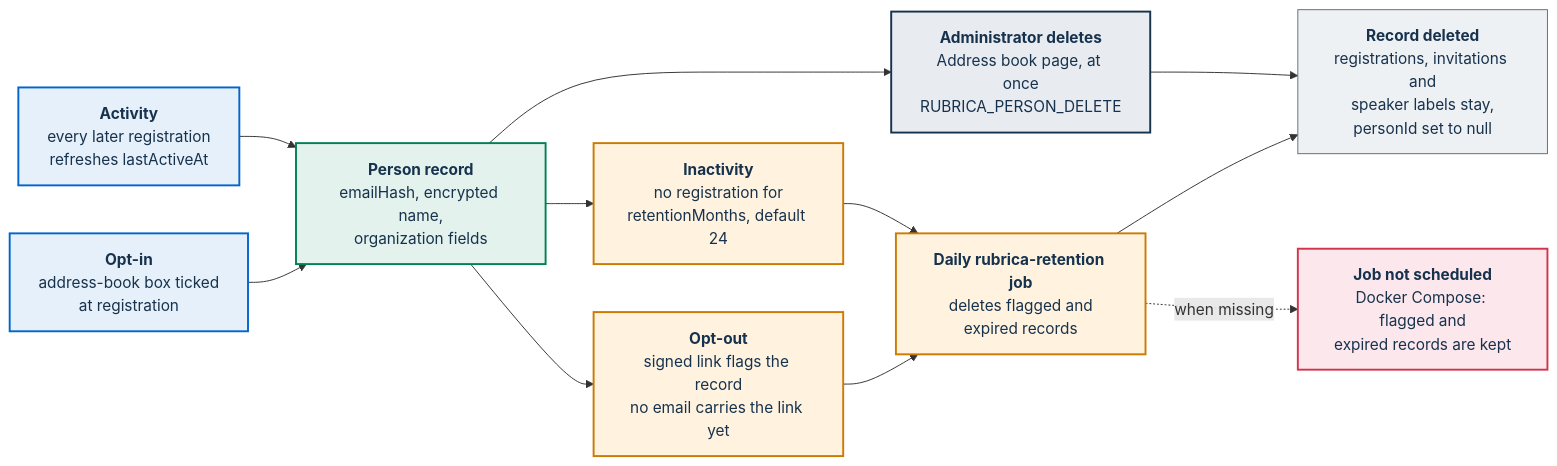
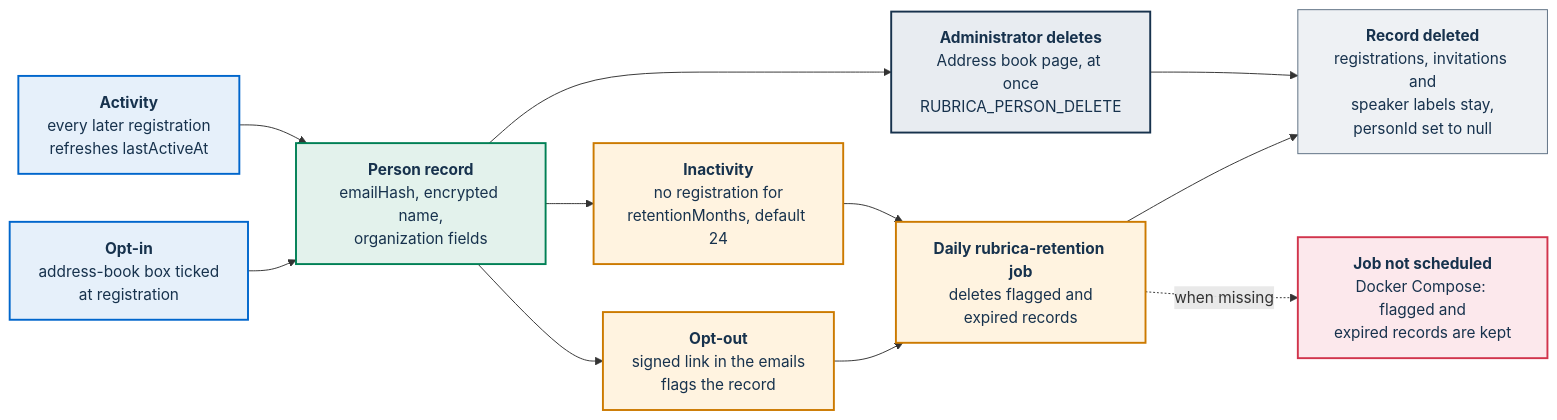
The second of 2 diagrams in docs/adr/011-person-rubrica.md (italia/pa-webinar), drawn with Mermaid before and after one commit. The commit also changed other lines of this file and 45 other files, not shown here.

````diff
--- a/docs/adr/011-person-rubrica.md
+++ b/docs/adr/011-person-rubrica.md
@@ -311,30 +312,30 @@
 ```mermaid
 flowchart LR
     IN["<b>Opt-in</b><br/>address-book box ticked<br/>at registration"]:::portal
     ACT["<b>Activity</b><br/>every later registration<br/>refreshes lastActiveAt"]:::portal
     P["<b>Person record</b><br/>emailHash, encrypted name,<br/>organization fields"]:::data
-    OUT["<b>Opt-out</b><br/>signed link flags the record<br/>no email carries the link yet"]:::job
+    OUT["<b>Opt-out</b><br/>signed link in the emails<br/>flags the record"]:::job
     IDLE["<b>Inactivity</b><br/>no registration for<br/>retentionMonths, default 24"]:::job
     ADM["<b>Administrator deletes</b><br/>Address book page, at once<br/>RUBRICA_PERSON_DELETE"]:::staff
     JOB["<b>Daily rubrica-retention job</b><br/>deletes flagged and<br/>expired records"]:::job
     GONE["<b>Record deleted</b><br/>registrations, invitations and<br/>speaker labels stay,<br/>personId set to null"]:::ext
     RISK["<b>Job not scheduled</b><br/>Docker Compose: flagged and<br/>expired records are kept"]:::risk
 
     IN --> P
     ACT --> P
     P --> OUT
     P --> IDLE
     P --> ADM
     OUT --> JOB
     IDLE --> JOB
     JOB --> GONE
     ADM --> GONE
     JOB -.->|"when missing"| RISK
 
     classDef portal fill:#E6F0FA,stroke:#0066CC,stroke-width:2px,color:#17324D
     classDef data fill:#E3F2EC,stroke:#008055,stroke-width:2px,color:#17324D
     classDef job fill:#FFF3E0,stroke:#CC7A00,stroke-width:2px,color:#17324D
     classDef staff fill:#E8ECF1,stroke:#17324D,stroke-width:2px,color:#17324D
     classDef risk fill:#FCE8EC,stroke:#D1344C,stroke-width:2px,color:#17324D
     classDef ext fill:#EEF1F4,stroke:#5C6F82,stroke-width:1px,color:#17324D
 ```
````
